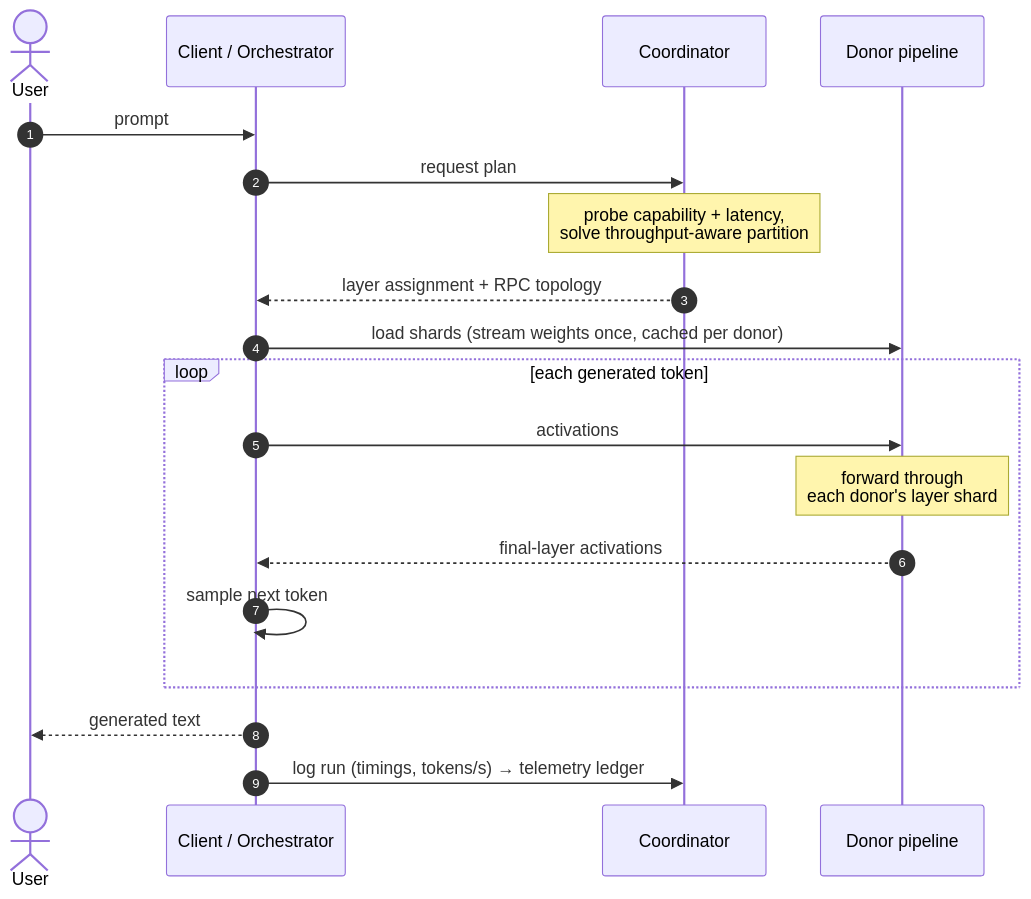
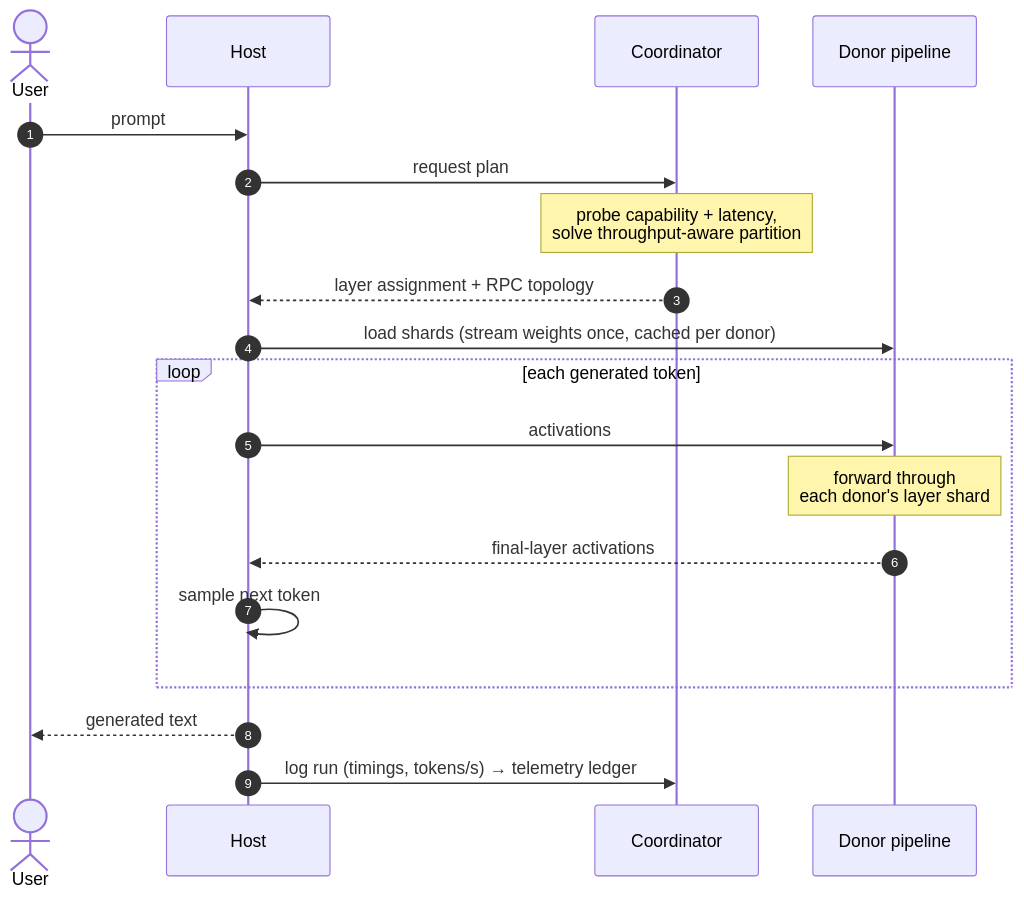
The second of 2 diagrams in README.md (RinkusKhan/The_GENGHIS_Protocol), drawn with Mermaid before and after one commit. The commit also changed other lines of this file and 14 other files, not shown here.

````diff
--- a/README.md
+++ b/README.md
@@ -68,22 +68,22 @@
 ```mermaid
 sequenceDiagram
     autonumber
     actor U as User
-    participant C as Client / Orchestrator
+    participant C as Host
     participant K as Coordinator
     participant D as Donor pipeline
 
     U->>C: prompt
     C->>K: request plan
     Note over K: probe capability + latency,<br/>solve throughput-aware partition
     K-->>C: layer assignment + RPC topology
     C->>D: load shards (stream weights once, cached per donor)
     loop each generated token
         C->>D: activations
         Note over D: forward through<br/>each donor's layer shard
         D-->>C: final-layer activations
         C->>C: sample next token
     end
     C-->>U: generated text
     C->>K: log run (timings, tokens/s) → telemetry ledger
 ```
````
